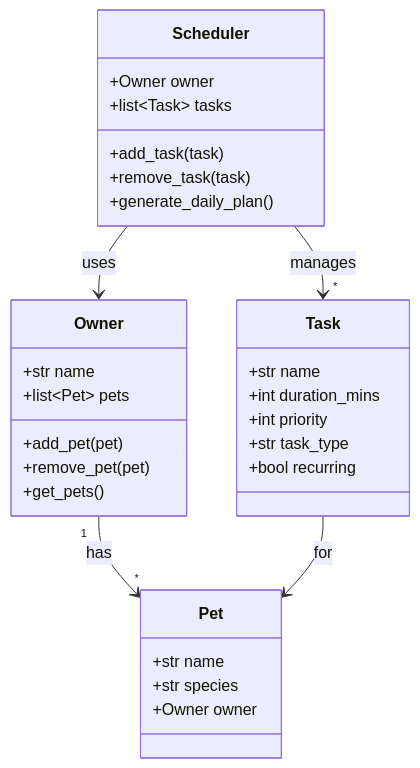
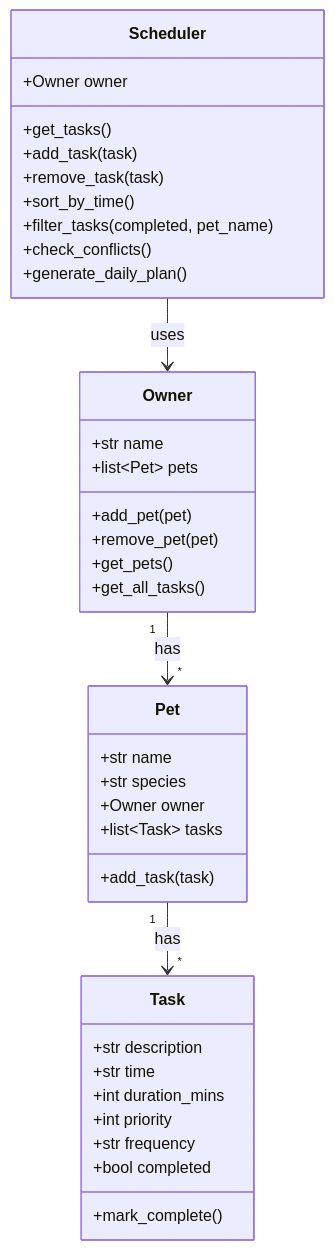
The diagram in reflection.md (PrincessCodePath/ai110-module2show-pawpal-starter), drawn with Mermaid before and after one commit. The commit also changed other lines of this file and 3 other files, not shown here.

````diff
--- a/reflection.md
+++ b/reflection.md
@@ -13,33 +13,40 @@
 ```mermaid
 classDiagram
     class Owner {
         +str name
         +list~Pet~ pets
         +add_pet(pet)
         +remove_pet(pet)
         +get_pets()
+        +get_all_tasks()
     }
     class Pet {
         +str name
         +str species
         +Owner owner
+        +list~Task~ tasks
+        +add_task(task)
     }
     class Task {
-        +str name
+        +str description
+        +str time
         +int duration_mins
         +int priority
-        +str task_type
-        +bool recurring
+        +str frequency
+        +bool completed
+        +mark_complete()
     }
     class Scheduler {
         +Owner owner
-        +list~Task~ tasks
+        +get_tasks()
         +add_task(task)
         +remove_task(task)
+        +sort_by_time()
+        +filter_tasks(completed, pet_name)
+        +check_conflicts()
         +generate_daily_plan()
     }
     Owner "1" --> "*" Pet : has
-    Task --> Pet : for
+    Pet "1" --> "*" Task : has
     Scheduler --> Owner : uses
-    Scheduler --> "*" Task : manages
 ```
````
